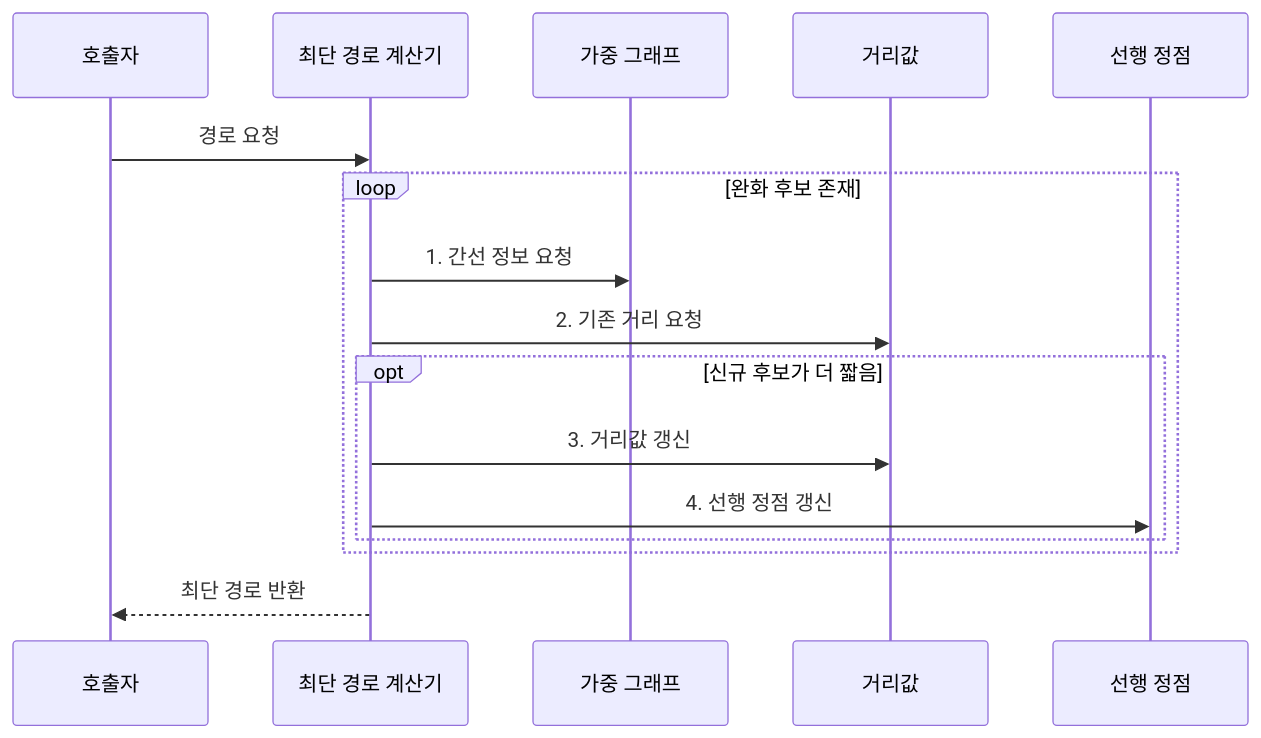
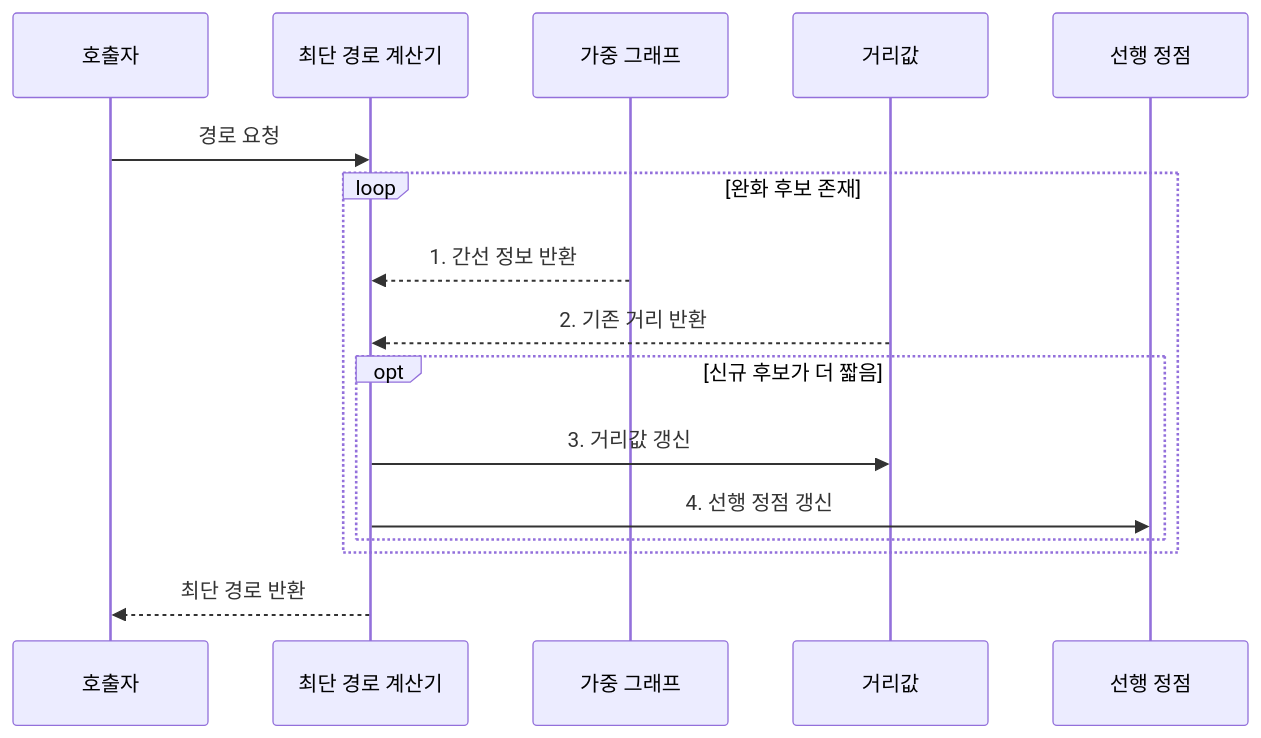
The second of 2 diagrams in src/content/docs/notes/01-basic-theory/011_shortest_path.md (agnusdei1207/knowledge-base), drawn with Mermaid before and after one commit. The commit also changed other lines of this file and 19 other files, not shown here.

````diff
--- a/src/content/docs/notes/01-basic-theory/011_shortest_path.md
+++ b/src/content/docs/notes/01-basic-theory/011_shortest_path.md
@@ -88,18 +87,18 @@
 ```mermaid
 sequenceDiagram
     participant Q as 호출자
     participant S as 최단 경로 계산기
     participant G as 가중 그래프
     participant D as 거리값
     participant R as 선행 정점
     Q->>S: 경로 요청
     loop 완화 후보 존재
-        S->>G: 1. 간선 정보 요청
-        S->>D: 2. 기존 거리 요청
+        G-->>S: 1. 간선 정보 반환
+        D-->>S: 2. 기존 거리 반환
         opt 신규 후보가 더 짧음
             S->>D: 3. 거리값 갱신
             S->>R: 4. 선행 정점 갱신
         end
     end
     S-->>Q: 최단 경로 반환
 ```
````
